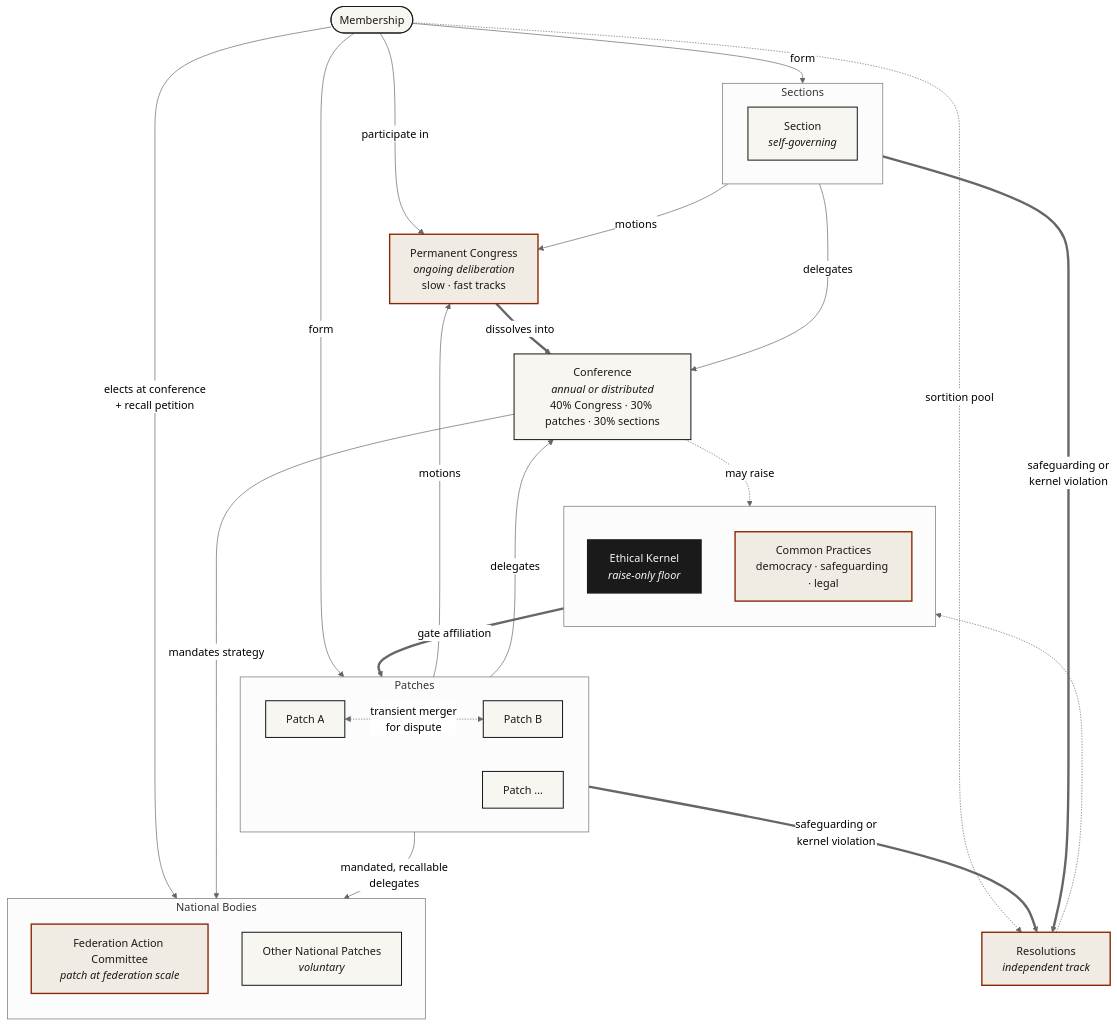
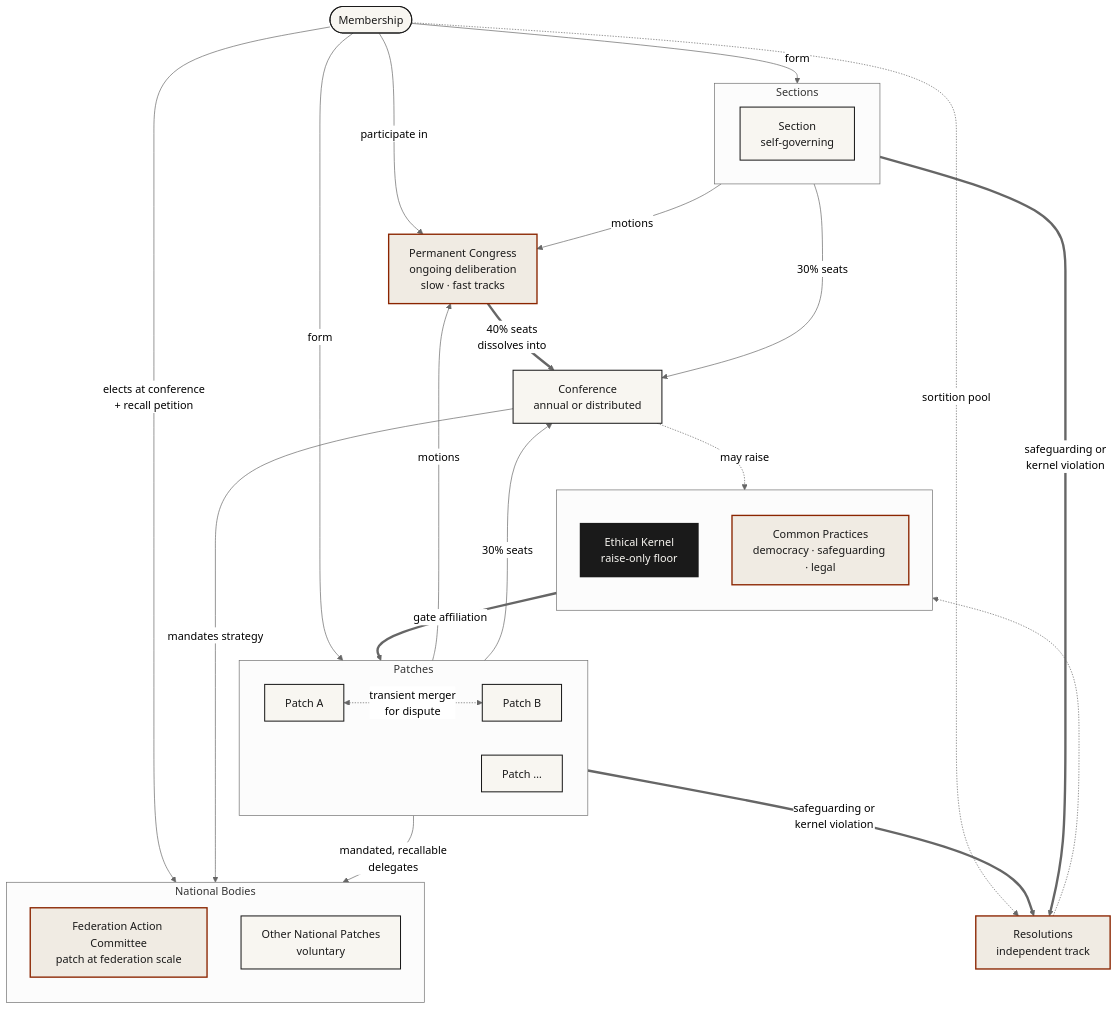
The diagram in patchwork-structure.mmd (TheDryhtscipe/patchworkfed), drawn with Mermaid (neutral theme) before and after one commit. The commit also changed 3 other files, not shown here.

First line of the commit message:
Strip diagram italics to fix label clipping

```diff
--- a/patchwork-structure.mmd
+++ b/patchwork-structure.mmd
@@ -1,63 +1,63 @@
 %% Patchwork Federation — structure
 flowchart TB
   MEMBERS(["Membership"])
 
   subgraph CONSTRAINTS[" "]
     direction TB
-    KERNEL["Ethical Kernel<br/><i>raise-only floor</i>"]
+    KERNEL["Ethical Kernel<br/>raise-only floor"]
     PRACTICES["Common Practices<br/>democracy · safeguarding · legal"]
   end
 
   subgraph PATCHES["Patches"]
     direction LR
     P1["Patch A"]
     P2["Patch B"]
     P3["Patch …"]
     P1 <-.->|transient merger<br/>for dispute| P2
   end
 
   subgraph SECTIONS["Sections"]
     direction LR
-    SX["Section<br/><i>self-governing</i>"]
+    SX["Section<br/>self-governing"]
   end
 
-  CONGRESS["Permanent Congress<br/><i>ongoing deliberation</i><br/>slow · fast tracks"]
+  CONGRESS["Permanent Congress<br/>ongoing deliberation<br/>slow · fast tracks"]
 
   subgraph NATIONAL["National Bodies"]
     direction TB
-    FAC["Federation Action Committee<br/><i>patch at federation scale</i>"]
-    NATPATCH["Other National Patches<br/><i>voluntary</i>"]
+    FAC["Federation Action Committee<br/>patch at federation scale"]
+    NATPATCH["Other National Patches<br/>voluntary"]
   end
 
-  CONF["Conference<br/><i>annual or distributed</i><br/>40% Congress · 30% patches · 30% sections"]
-  RES["Resolutions<br/><i>independent track</i>"]
+  CONF["Conference<br/>annual or distributed"]
+  RES["Resolutions<br/>independent track"]
 
   MEMBERS -->|form| PATCHES
   MEMBERS -->|form| SECTIONS
   MEMBERS -->|participate in| CONGRESS
   MEMBERS -->|elects at conference<br/>+ recall petition| FAC
   MEMBERS -.->|sortition pool| RES
 
   CONSTRAINTS ==>|gate affiliation| PATCHES
 
   PATCHES -->|motions| CONGRESS
   SECTIONS -->|motions| CONGRESS
-  CONGRESS ==>|dissolves into| CONF
+  CONGRESS ==>|40% seats<br/>dissolves into| CONF
 
   PATCHES -->|mandated, recallable<br/>delegates| NATIONAL
-  PATCHES -->|delegates| CONF
-  SECTIONS -->|delegates| CONF
+  PATCHES -->|30% seats| CONF
+  SECTIONS -->|30% seats| CONF
 
   PATCHES ==>|safeguarding or<br/>kernel violation| RES
   SECTIONS ==>|safeguarding or<br/>kernel violation| RES
 
   CONF -->|mandates strategy| FAC
   CONF -.->|may raise| KERNEL
   RES -.-> KERNEL
 
   classDef kernel fill:#1a1a1a,color:#f8f6f1,stroke:#1a1a1a,stroke-width:2px
   classDef accent fill:#f0ebe3,stroke:#8b2500,stroke-width:2px,color:#1a1a1a
   classDef body fill:#f8f6f1,stroke:#1a1a1a,stroke-width:1.5px,color:#1a1a1a
   class KERNEL kernel
   class PRACTICES,FAC,RES,CONGRESS accent
   class NATPATCH,P1,P2,P3,SX,CONF,MEMBERS body
```
